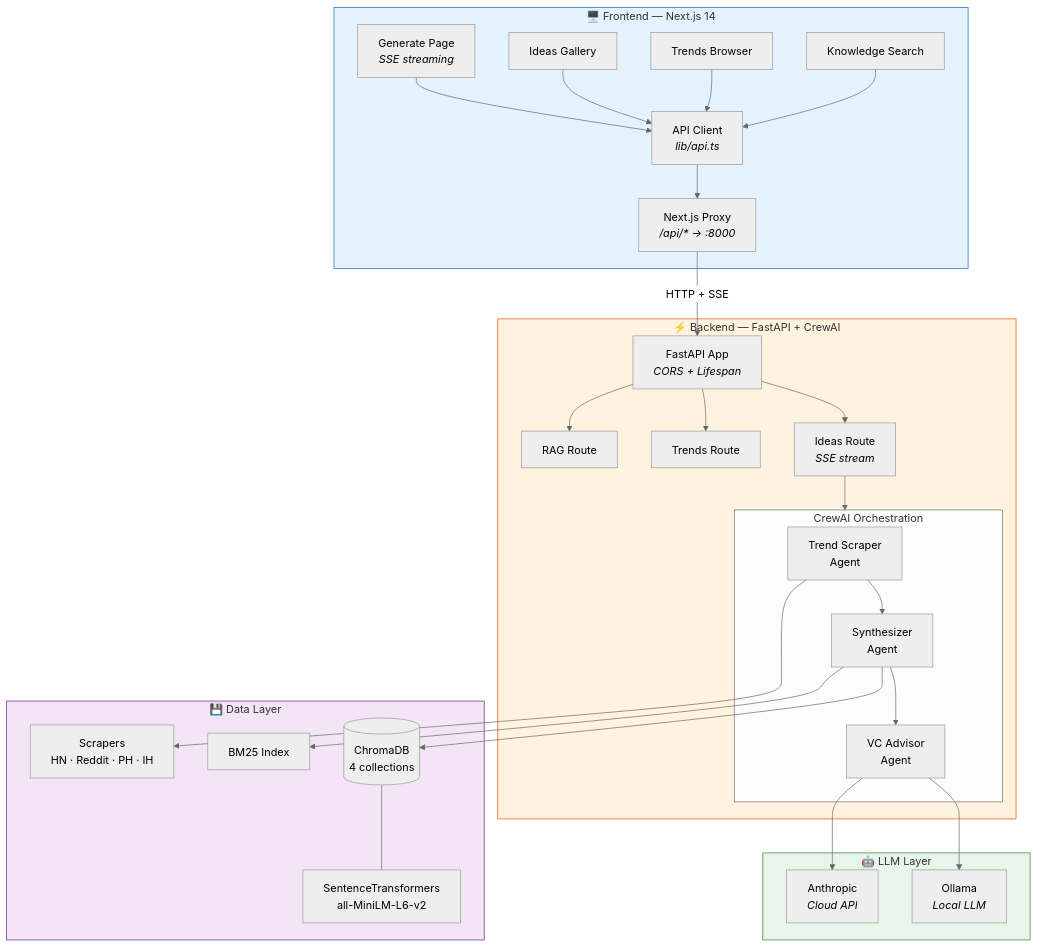
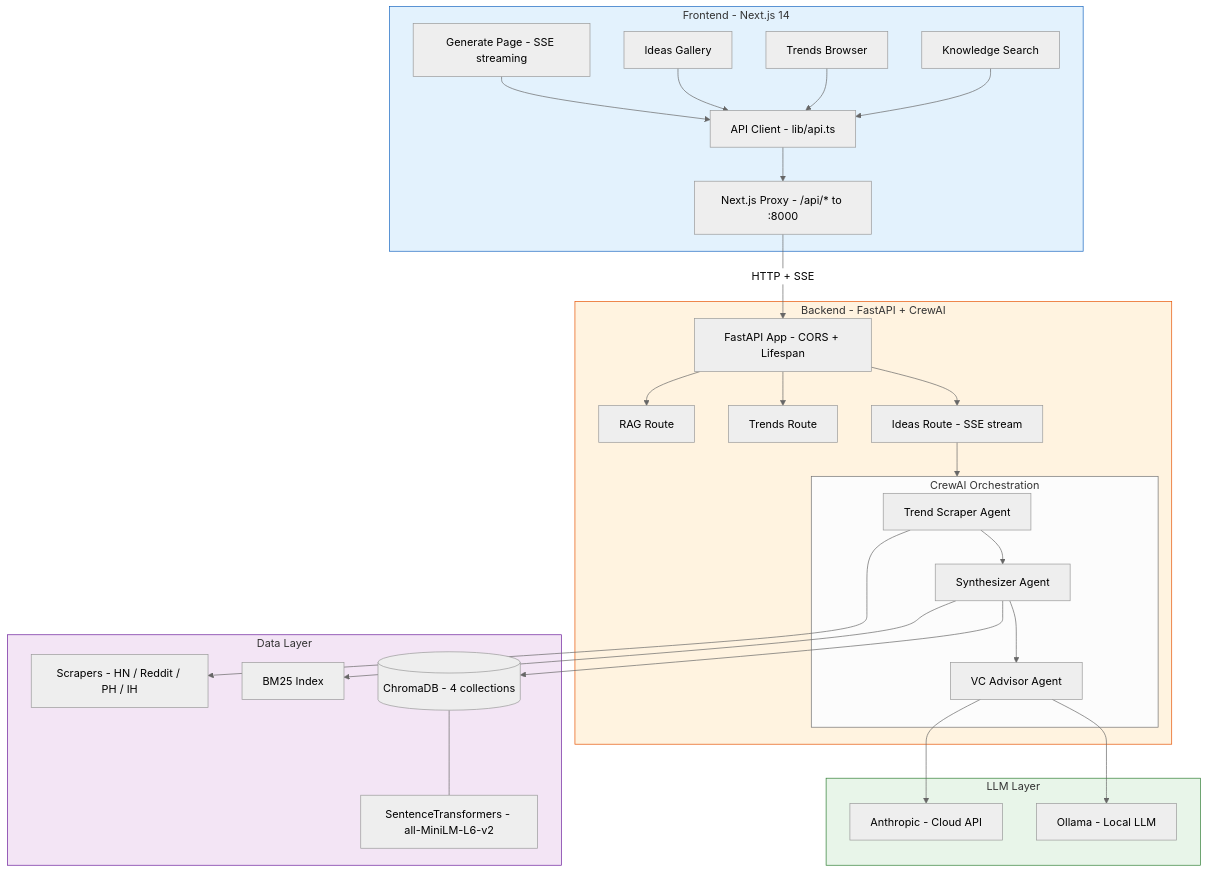
One commit to soumyachk101/IdeaForge changed the third of 6 diagrams in README.md. Above: the diagram before and after it, drawn with Mermaid (neutral theme). The commit also changed other lines of this file, not shown here.

First line of the commit message:
Fix all Mermaid diagrams for GitHub renderer compatibility

````diff
--- a/README.md
+++ b/README.md
@@ -138,54 +145,60 @@
 ```mermaid
 graph TB
-    subgraph FRONTEND["🖥️ Frontend — Next.js 14"]
-        F1[Generate Page<br/><i>SSE streaming</i>]
-        F2[Ideas Gallery]
-        F3[Trends Browser]
-        F4[Knowledge Search]
-        F5[API Client<br/><i>lib/api.ts</i>]
-        F6[Next.js Proxy<br/><i>/api/* → :8000</i>]
-        F1 & F2 & F3 & F4 --> F5 --> F6
+    subgraph FRONTEND["Frontend - Next.js 14"]
+        F1["Generate Page - SSE streaming"]
+        F2["Ideas Gallery"]
+        F3["Trends Browser"]
+        F4["Knowledge Search"]
+        F5["API Client - lib/api.ts"]
+        F6["Next.js Proxy - /api/* to :8000"]
+        F1 --> F5
+        F2 --> F5
+        F3 --> F5
+        F4 --> F5
+        F5 --> F6
     end
 
-    subgraph BACKEND["⚡ Backend — FastAPI + CrewAI"]
-        B1[FastAPI App<br/><i>CORS + Lifespan</i>]
-        B2[Ideas Route<br/><i>SSE stream</i>]
-        B3[Trends Route]
-        B4[RAG Route]
-        B1 --> B2 & B3 & B4
+    subgraph BACKEND["Backend - FastAPI + CrewAI"]
+        B1["FastAPI App - CORS + Lifespan"]
+        B2["Ideas Route - SSE stream"]
+        B3["Trends Route"]
+        B4["RAG Route"]
+        B1 --> B2
+        B1 --> B3
+        B1 --> B4
 
         subgraph CREWAI["CrewAI Orchestration"]
-            C1["Trend Scraper<br/>Agent"]
-            C2["Synthesizer<br/>Agent"]
-            C3["VC Advisor<br/>Agent"]
+            C1["Trend Scraper Agent"]
+            C2["Synthesizer Agent"]
+            C3["VC Advisor Agent"]
             C1 --> C2 --> C3
         end
 
         B2 --> CREWAI
     end
 
-    subgraph DATA["💾 Data Layer"]
-        D1[(ChromaDB<br/>4 collections)]
-        D2[Scrapers<br/>HN · Reddit · PH · IH]
-        D3[BM25 Index]
-        D4[SentenceTransformers<br/>all-MiniLM-L6-v2]
+    subgraph DATA["Data Layer"]
+        D1[("ChromaDB - 4 collections")]
+        D2["Scrapers - HN / Reddit / PH / IH"]
+        D3["BM25 Index"]
+        D4["SentenceTransformers - all-MiniLM-L6-v2"]
     end
 
-    subgraph LLM["🤖 LLM Layer"]
-        L1[Ollama<br/><i>Local LLM</i>]
-        L2[Anthropic<br/><i>Cloud API</i>]
+    subgraph LLM["LLM Layer"]
+        L1["Ollama - Local LLM"]
+        L2["Anthropic - Cloud API"]
     end
 
     F6 -->|HTTP + SSE| B1
     C1 --> D2
     C2 --> D1
     C2 --> D3
     C3 --> L1
     C3 --> L2
     D1 --- D4
 
     style FRONTEND fill:#e3f2fd,stroke:#1565C0
     style BACKEND fill:#fff3e0,stroke:#E65100
     style DATA fill:#f3e5f5,stroke:#6A1B9A
     style LLM fill:#e8f5e9,stroke:#2E7D32
 ```
````
